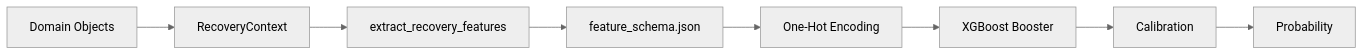
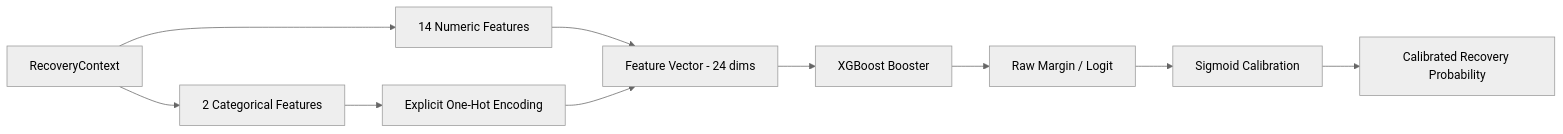
The fourth of 7 diagrams in README.md (Samarjamal326/PayBack), drawn with Mermaid (neutral theme) before and after one commit. The commit also changed other lines of this file, not shown here.

Commit message:
docs: comprehensively update and rewrite README.md for current architecture and capabilities

````diff
--- a/README.md
+++ b/README.md
@@ -238,10 +368,12 @@
 ```mermaid
 flowchart LR
-    DOM[Domain Objects] --> CTX[RecoveryContext]
-    CTX --> EXT[extract_recovery_features]
-    EXT --> SCH[feature_schema.json]
-    SCH --> ENC[One-Hot Encoding]
-    ENC --> XGB[XGBoost Booster]
-    XGB --> CAL[Calibration]
-    CAL --> P[Probability]
+    CTX[RecoveryContext] --> NUM[14 Numeric Features]
+    CTX --> CAT[2 Categorical Features]
+    CAT --> OHE[Explicit One-Hot Encoding]
+    NUM --> CONCAT[Feature Vector - 24 dims]
+    OHE --> CONCAT
+    CONCAT --> BOOSTER[XGBoost Booster]
+    BOOSTER --> RAW[Raw Margin / Logit]
+    RAW --> CALIB[Sigmoid Calibration]
+    CALIB --> PROB[Calibrated Recovery Probability]
 ```
````
